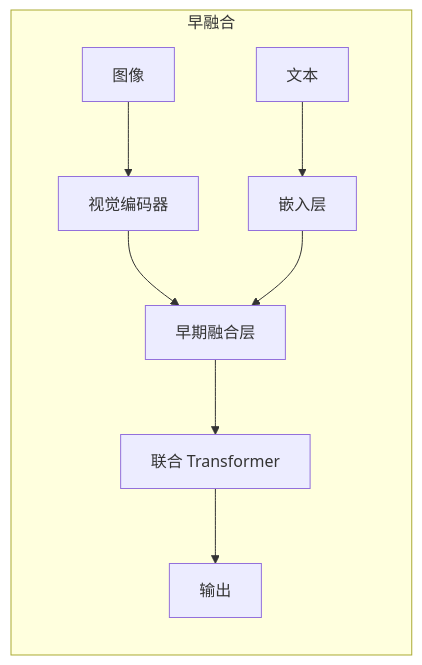
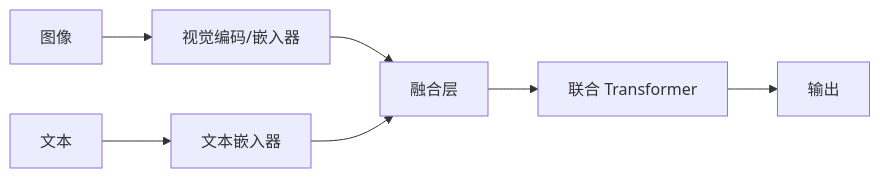
One commit to fenixsoft/dmla changed the second of 6 diagrams in docs/language-models/frontier/multimodal-llm.md. Above: the diagram before and after it, drawn with Mermaid. The commit also changed other lines of this file and 4 other files, not shown here.

````diff
--- a/docs/language-models/frontier/multimodal-llm.md
+++ b/docs/language-models/frontier/multimodal-llm.md
@@ -75,11 +40,9 @@
-```mermaid
+```mermaid compact
 graph LR
-    subgraph 早融合
-        I1["图像"] --> V1["视觉编码器"]
-        T1["文本"] --> E1["嵌入层"]
-        V1 --> F1["早期融合层"]
-        E1 --> F1
-        F1 --> L1["联合 Transformer"]
-        L1 --> O1["输出"]
-    end
+    I1["图像"] --> V1["视觉编码/嵌入器"]
+    T1["文本"] --> E1["文本嵌入器"]
+    V1 --> F1["融合层"]
+    E1 --> F1
+    F1 --> L1["联合 Transformer"]
+    L1 --> O1["输出"]
 ```
````
